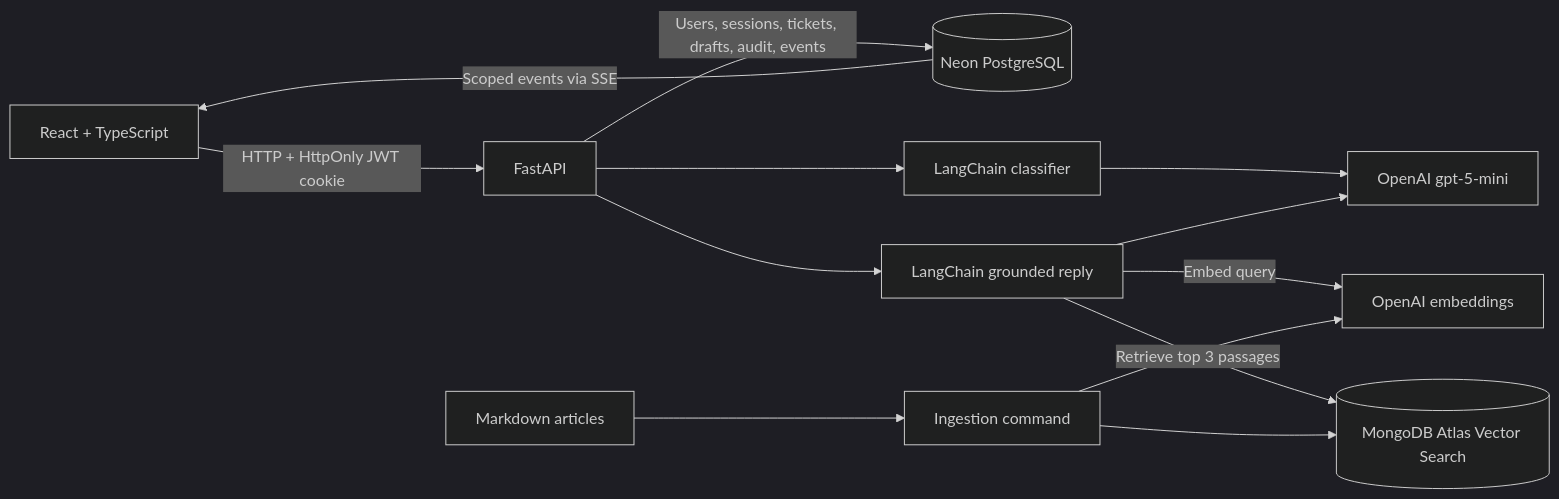
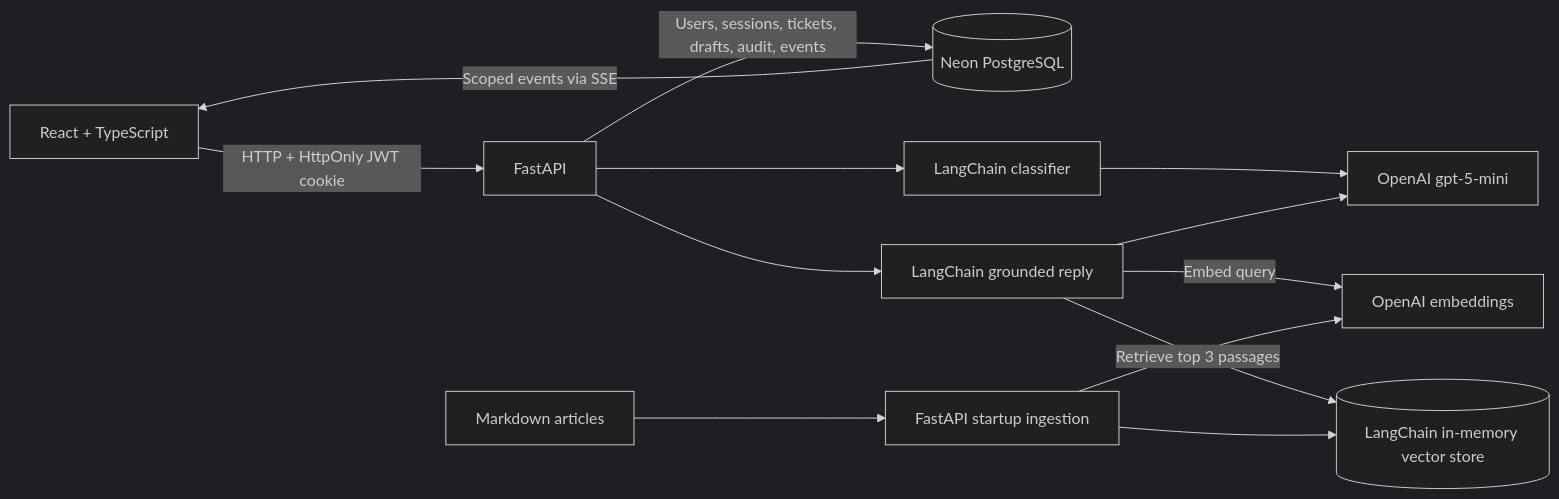
One commit to rishavkumarnit/QUICKDESK changed the diagram in README.md. Above: the diagram before and after it, drawn with Mermaid (dark theme). The commit also changed other lines of this file and 11 other files, not shown here.

Commit message:
Replace Atlas retrieval with startup in-memory RAG

````diff
--- a/README.md
+++ b/README.md
@@ -70,15 +65,15 @@
 ```mermaid
 flowchart LR
   R[React + TypeScript] -->|HTTP + HttpOnly JWT cookie| F[FastAPI]
   F -->|Users, sessions, tickets, drafts, audit, events| P[(Neon PostgreSQL)]
   P -->|Scoped events via SSE| R
   F --> C[LangChain classifier]
   C --> O[OpenAI gpt-5-mini]
   F --> G[LangChain grounded reply]
   G -->|Embed query| E[OpenAI embeddings]
-  G -->|Retrieve top 3 passages| M[(MongoDB Atlas Vector Search)]
+  G -->|Retrieve top 3 passages| M[(LangChain in-memory vector store)]
   G --> O
-  K[Markdown articles] --> I[Ingestion command]
+  K[Markdown articles] --> I[FastAPI startup ingestion]
   I --> E
   I --> M
 ```
````
